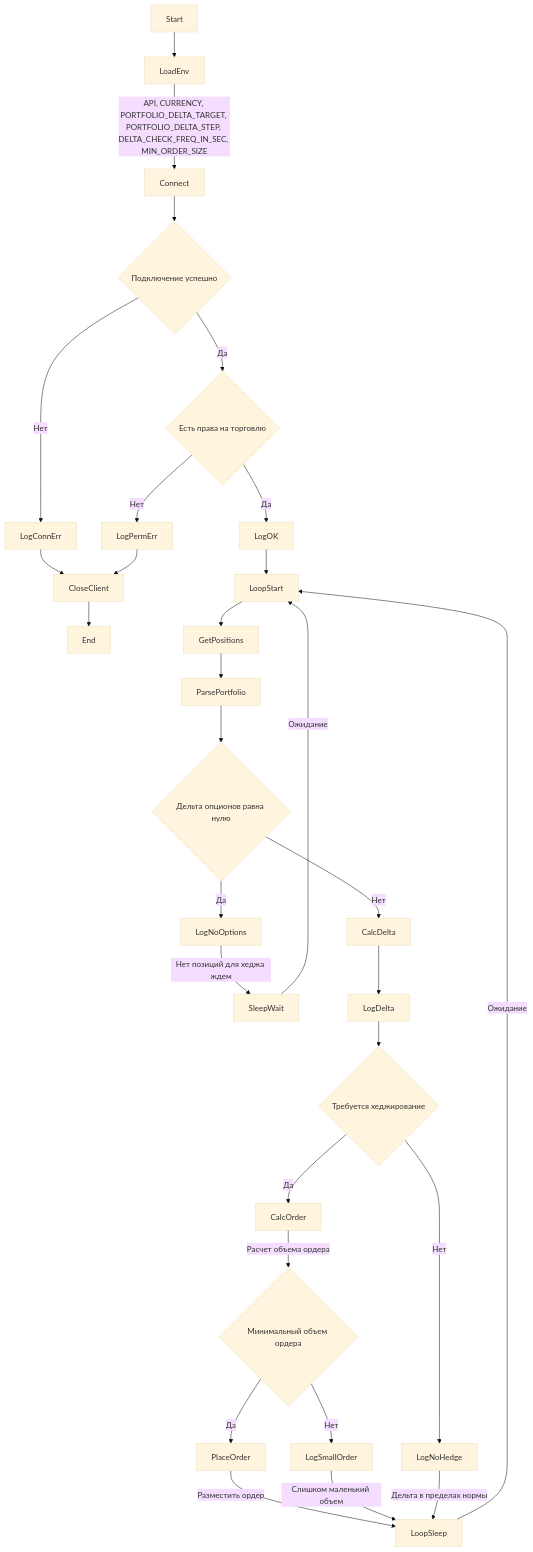
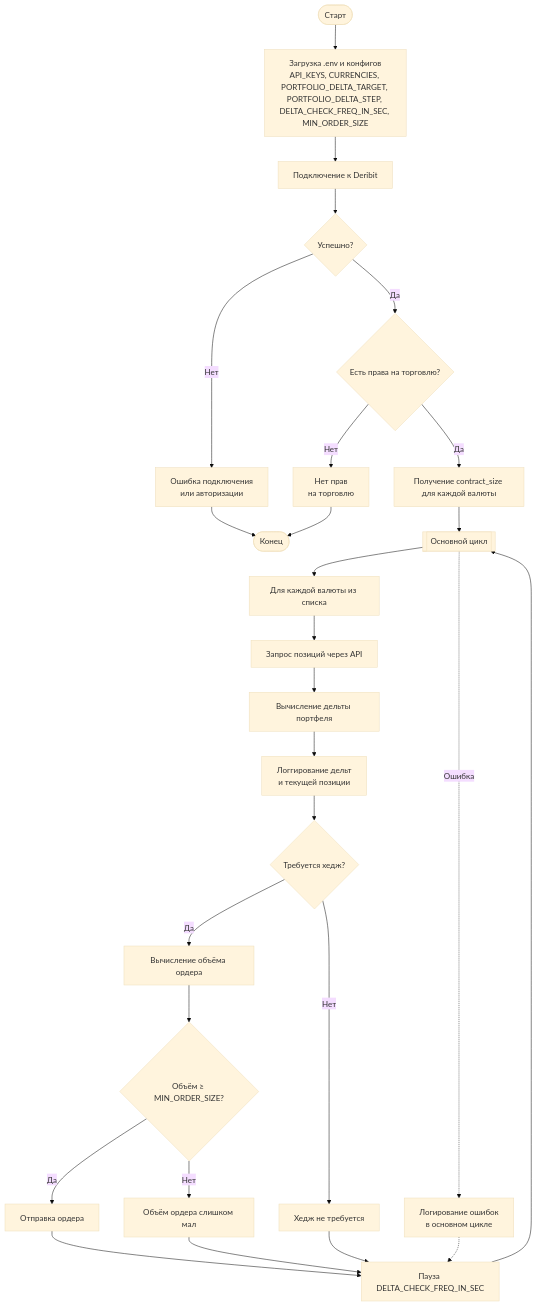
Before and after one commit to clubsonA/DDH: the diagram in diagram.md, drawn with Mermaid (base theme). The commit also changed 3 other files, not shown here.

Commit message:
Обновил диаграмму

````diff
--- a/diagram.md
+++ b/diagram.md
@@ -1,39 +1,49 @@
 ```mermaid
 flowchart TD
-    Start  --> LoadEnv
-    LoadEnv -- API, CURRENCY, PORTFOLIO_DELTA_TARGET, PORTFOLIO_DELTA_STEP, DELTA_CHECK_FREQ_IN_SEC, MIN_ORDER_SIZE --> Connect
-    Connect --> ConnError
-    ConnError{Подключение успешно}
-    ConnError -- Нет --> LogConnErr
-    LogConnErr --> CloseClient
-    CloseClient --> End
-    ConnError -- Да --> CheckPerms
-    CheckPerms{Есть права на торговлю}
-    CheckPerms -- Нет --> LogPermErr
-    LogPermErr  --> CloseClient
-    CheckPerms -- Да --> LogOK
-    LogOK --> LoopStart
-    LoopStart -->  GetPositions
-    GetPositions --> ParsePortfolio
-    ParsePortfolio --> NoOptions
-    NoOptions{Дельта опционов равна нулю}
-    NoOptions -- Да --> LogNoOptions
-    LogNoOptions -- Нет позиций для хеджа ждем --> SleepWait
-    SleepWait -- Ожидание --> LoopStart
-    NoOptions -- Нет --> CalcDelta
-    CalcDelta --> LogDelta
-    LogDelta --> CheckHedge
-    CheckHedge{Требуется хеджирование}
+    Start([Старт])
+    LoadEnv[Загрузка .env и конфигов<br>API_KEYS, CURRENCIES, PORTFOLIO_DELTA_TARGET, PORTFOLIO_DELTA_STEP, DELTA_CHECK_FREQ_IN_SEC, MIN_ORDER_SIZE ]
+    Connect[Подключение к Deribit]
+    CheckConnect{Успешно?}
+    ErrorConnect[Ошибка подключения<br>или авторизации]
+    CheckPerms{Есть права на торговлю?}
+    ErrorPerms[Нет прав<br>на торговлю]
+    InitContracts[Получение contract_size для каждой валюты]
+    MainLoop[[Основной цикл]]
+    ForCurrency[Для каждой валюты из списка]
+    GetPos[Запрос позиций через API]
+    ParsePos[Вычисление дельты портфеля]
+    LogPos[Логгирование дельт<br>и текущей позиции]
+    CheckHedge{Требуется хедж?}
+    CalcOrder[Вычисление объёма ордера]
+    MinOrder{Объём ≥ MIN_ORDER_SIZE?}
+    PlaceOrder[Отправка ордера]
+    WarnSmallOrder[Объём ордера слишком мал]
+    NoHedge[Хедж не требуется]
+    HandleError[Логирование ошибок<br>в основном цикле]
+    Sleep[Пауза DELTA_CHECK_FREQ_IN_SEC]
+    End([Конец])
+
+    Start --> LoadEnv
+    LoadEnv --> Connect
+    Connect --> CheckConnect
+    CheckConnect -- Нет --> ErrorConnect --> End
+    CheckConnect -- Да --> CheckPerms
+    CheckPerms -- Нет --> ErrorPerms --> End
+    CheckPerms -- Да --> InitContracts
+    InitContracts --> MainLoop
+
+    MainLoop --> ForCurrency
+    ForCurrency --> GetPos
+    GetPos --> ParsePos
+    ParsePos --> LogPos
+    LogPos --> CheckHedge
     CheckHedge -- Да --> CalcOrder
-    CalcOrder -- Расчет объема ордера --> MinOrder
-    MinOrder{Минимальный объем ордера}
-    MinOrder -- Да --> PlaceOrder
-    PlaceOrder -- Разместить ордер --> LoopSleep
-    MinOrder -- Нет --> LogSmallOrder
-    LogSmallOrder -- Слишком маленький объем --> LoopSleep
-    CheckHedge -- Нет --> LogNoHedge
-    LogNoHedge -- Дельта в пределах нормы --> LoopSleep
-    LoopSleep -- Ожидание --> LoopStart
-    End
+    CalcOrder --> MinOrder
+    MinOrder -- Да --> PlaceOrder --> Sleep
+    MinOrder -- Нет --> WarnSmallOrder --> Sleep
+    CheckHedge -- Нет --> NoHedge --> Sleep
+    Sleep --> MainLoop
+
+    MainLoop -. Ошибка .-> HandleError -.-> Sleep
 
 ```
````
